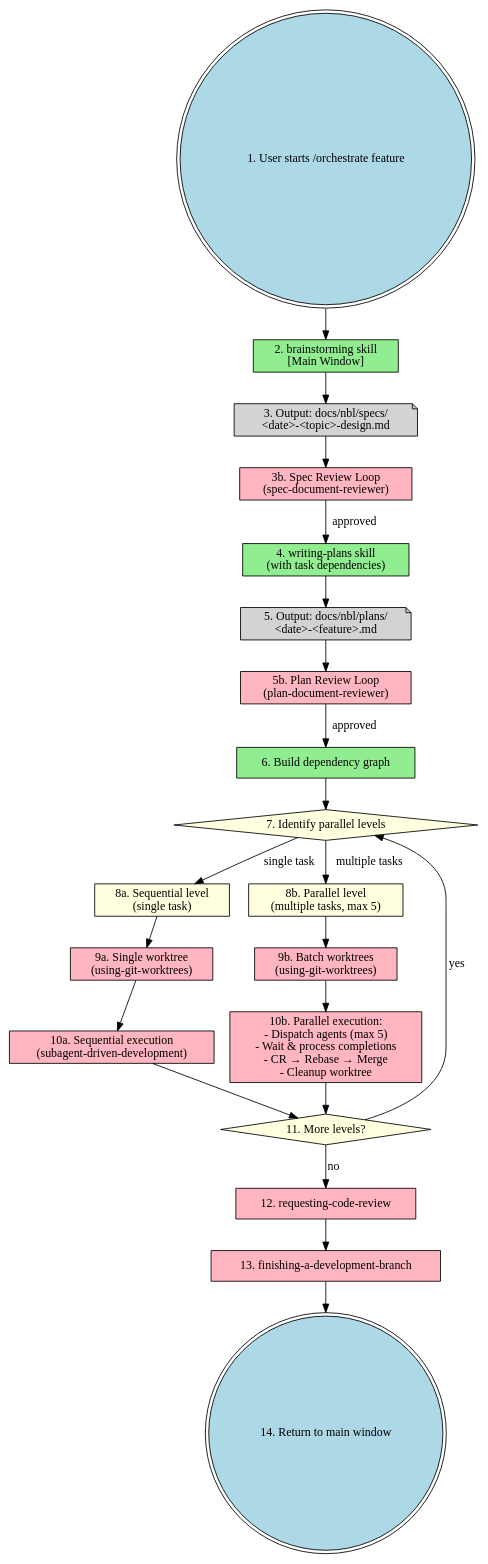
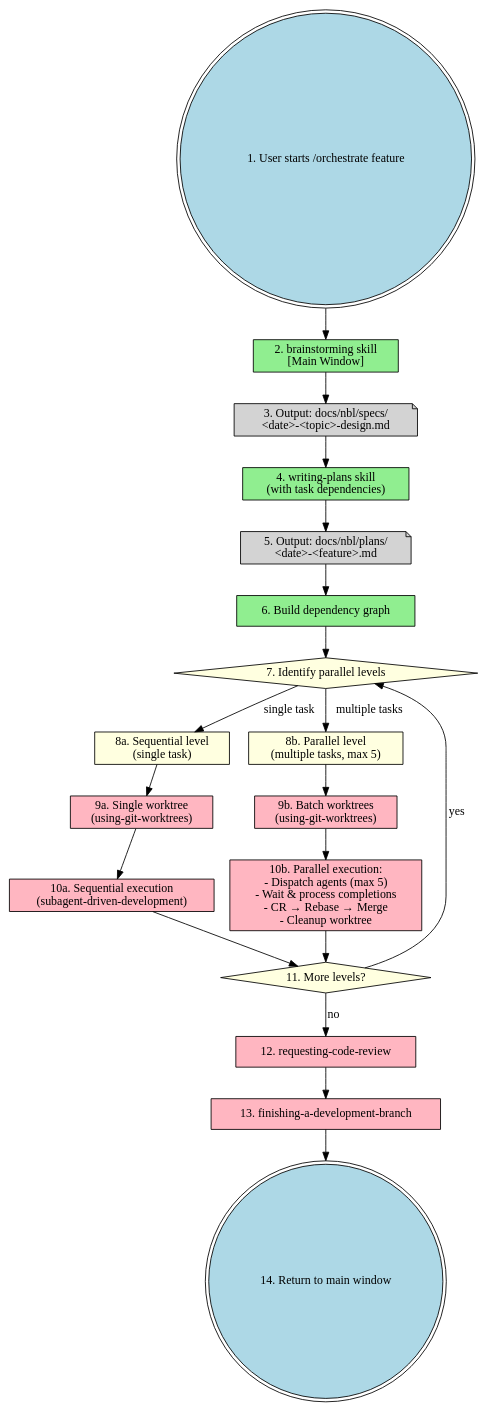
The first of 3 diagrams in skills/nbl.orchestrate/SKILL.md (icefrag/nbl-superpowers), drawn with Graphviz before and after one commit. The commit also changed 7 other files, not shown here.

First line of the commit message:
refactor(skills): remove nbl.plan skill and plan-document-reviewer, use unified self-review workflow

````diff
--- a/skills/nbl.orchestrate/SKILL.md
+++ b/skills/nbl.orchestrate/SKILL.md
@@ -25,61 +25,57 @@
 ```dot
 digraph orchestrate_feature_workflow_v2 {
     rankdir=TB;
     node [shape=box style=filled fillcolor=lightyellow];
 
     "1. User starts /orchestrate feature" [shape=doublecircle fillcolor=lightblue];
 
     "2. brainstorming skill\n[Main Window]" [fillcolor=lightgreen];
     "3. Output: docs/nbl/specs/\n<date>-<topic>-design.md" [shape=note fillcolor=lightgray];
-    "3b. Spec Review Loop\n(spec-document-reviewer)" [fillcolor=lightpink];
 
     "4. writing-plans skill\n(with task dependencies)" [fillcolor=lightgreen];
     "5. Output: docs/nbl/plans/\n<date>-<feature>.md" [shape=note fillcolor=lightgray];
-    "5b. Plan Review Loop\n(plan-document-reviewer)" [fillcolor=lightpink];
 
     "6. Build dependency graph" [fillcolor=lightgreen];
     "7. Identify parallel levels" [shape=diamond fillcolor=lightyellow];
 
     "8a. Sequential level\n(single task)" [fillcolor=lightyellow];
     "8b. Parallel level\n(multiple tasks, max 5)" [fillcolor=lightyellow];
 
     "9a. Single worktree\n(using-git-worktrees)" [fillcolor=lightpink];
     "9b. Batch worktrees\n(using-git-worktrees)" [fillcolor=lightpink];
 
     "10a. Sequential execution\n(subagent-driven-development)" [fillcolor=lightpink];
     "10b. Parallel execution:\n- Dispatch agents (max 5)\n- Wait & process completions\n- CR → Rebase → Merge\n- Cleanup worktree" [fillcolor=lightpink];
 
     "11. More levels?" [shape=diamond fillcolor=lightyellow];
     "12. requesting-code-review" [fillcolor=lightpink];
     "13. finishing-a-development-branch" [fillcolor=lightpink];
     "14. Return to main window" [shape=doublecircle fillcolor=lightblue];
 
     "1. User starts /orchestrate feature" -> "2. brainstorming skill\n[Main Window]";
     "2. brainstorming skill\n[Main Window]" -> "3. Output: docs/nbl/specs/\n<date>-<topic>-design.md";
-    "3. Output: docs/nbl/specs/\n<date>-<topic>-design.md" -> "3b. Spec Review Loop\n(spec-document-reviewer)";
-    "3b. Spec Review Loop\n(spec-document-reviewer)" -> "4. writing-plans skill\n(with task dependencies)" [label="approved"];
+    "3. Output: docs/nbl/specs/\n<date>-<topic>-design.md" -> "4. writing-plans skill\n(with task dependencies)";
 
     "4. writing-plans skill\n(with task dependencies)" -> "5. Output: docs/nbl/plans/\n<date>-<feature>.md";
-    "5. Output: docs/nbl/plans/\n<date>-<feature>.md" -> "5b. Plan Review Loop\n(plan-document-reviewer)";
-    "5b. Plan Review Loop\n(plan-document-reviewer)" -> "6. Build dependency graph" [label="approved"];
+    "5. Output: docs/nbl/plans/\n<date>-<feature>.md" -> "6. Build dependency graph";
 
     "6. Build dependency graph" -> "7. Identify parallel levels";
     "7. Identify parallel levels" -> "8a. Sequential level\n(single task)" [label="single task"];
     "7. Identify parallel levels" -> "8b. Parallel level\n(multiple tasks, max 5)" [label="multiple tasks"];
 
     "8a. Sequential level\n(single task)" -> "9a. Single worktree\n(using-git-worktrees)";
     "9a. Single worktree\n(using-git-worktrees)" -> "10a. Sequential execution\n(subagent-driven-development)";
 
     "8b. Parallel level\n(multiple tasks, max 5)" -> "9b. Batch worktrees\n(using-git-worktrees)";
     "9b. Batch worktrees\n(using-git-worktrees)" -> "10b. Parallel execution:\n- Dispatch agents (max 5)\n- Wait & process completions\n- CR → Rebase → Merge\n- Cleanup worktree";
 
     "10a. Sequential execution\n(subagent-driven-development)" -> "11. More levels?";
     "10b. Parallel execution:\n- Dispatch agents (max 5)\n- Wait & process completions\n- CR → Rebase → Merge\n- Cleanup worktree" -> "11. More levels?";
 
     "11. More levels?" -> "7. Identify parallel levels" [label="yes"];
     "11. More levels?" -> "12. requesting-code-review" [label="no"];
 
     "12. requesting-code-review" -> "13. finishing-a-development-branch";
     "13. finishing-a-development-branch" -> "14. Return to main window";
 }
 ```
````
